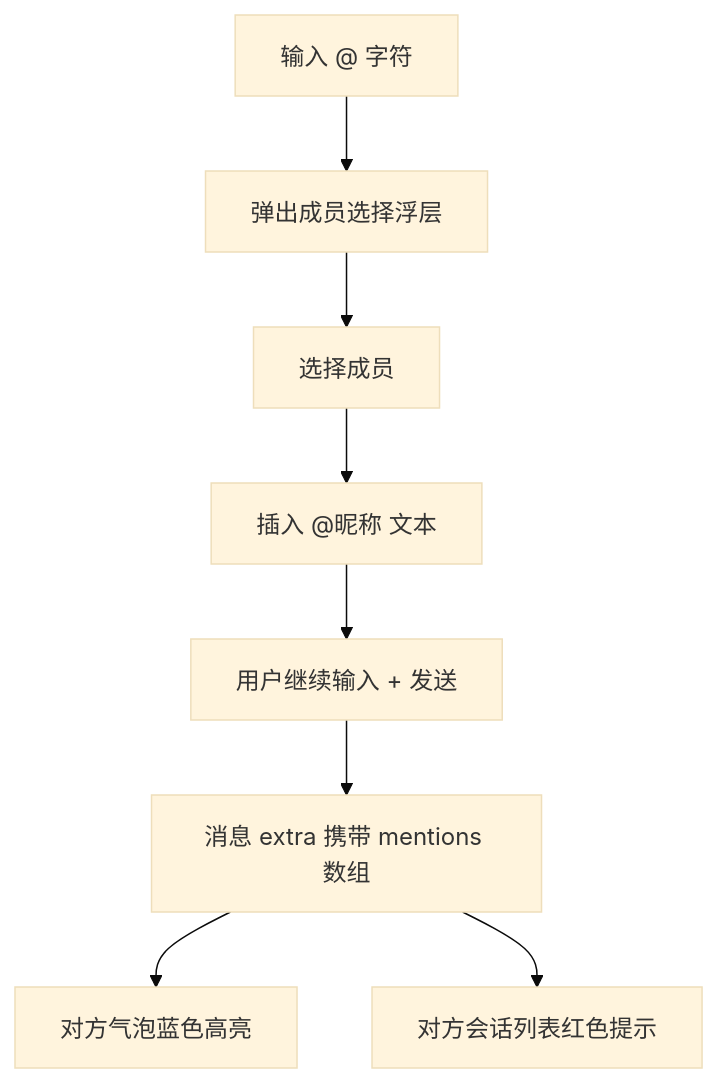
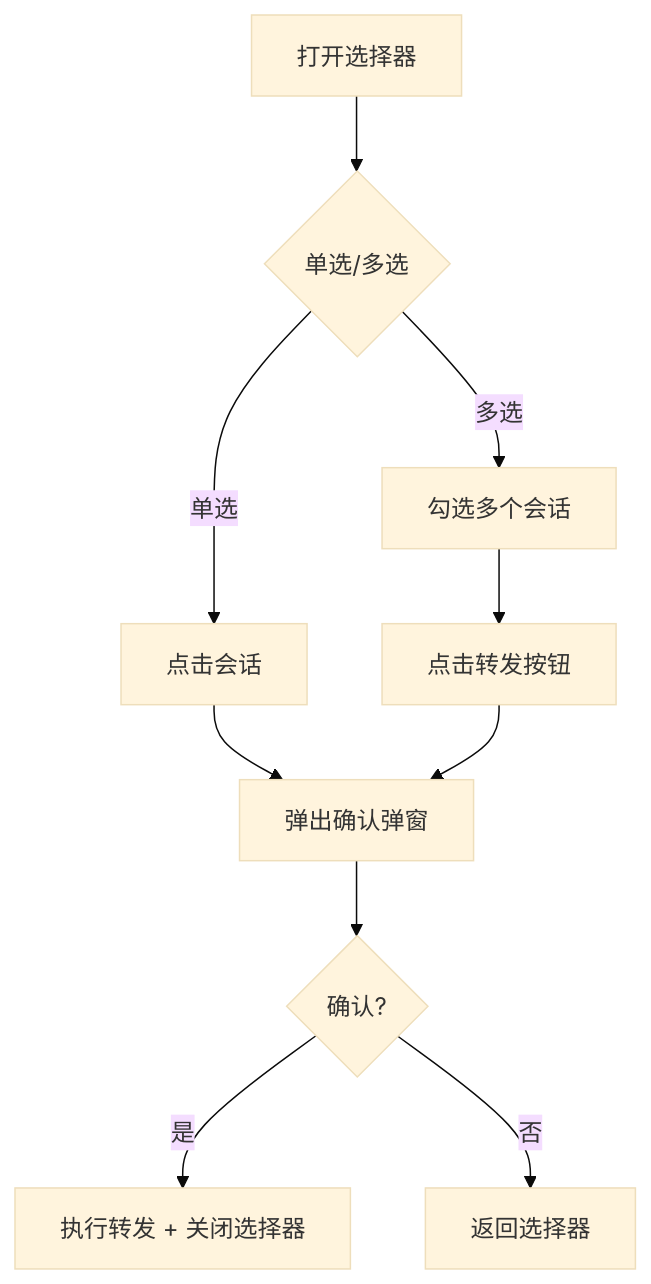
The second of 3 diagrams in docs/features/im/operation/v0.0.2/analysis.md (toly1994328/flash_im_by_ai), drawn with Mermaid (base theme) before and after one commit. The commit also changed other lines of this file and 15 other files, not shown here.

````diff
--- a/docs/features/im/operation/v0.0.2/analysis.md
+++ b/docs/features/im/operation/v0.0.2/analysis.md
@@ -51,10 +43,12 @@
 ```mermaid
 flowchart TD
-    A[输入 @ 字符] --> B[弹出成员选择浮层]
-    B --> C[选择成员]
-    C --> D[插入 @昵称 文本]
-    D --> E[用户继续输入 + 发送]
-    E --> F[消息 extra 携带 mentions 数组]
-    F --> G[对方气泡蓝色高亮]
-    F --> H[对方会话列表红色提示]
+    A[打开选择器] --> B{单选/多选}
+    B -->|单选| C[点击会话]
+    B -->|多选| D[勾选多个会话]
+    C --> E[弹出确认弹窗]
+    D --> F[点击转发按钮]
+    F --> E
+    E --> G{确认?}
+    G -->|是| H[执行转发 + 关闭选择器]
+    G -->|否| I[返回选择器]
 ```
````
